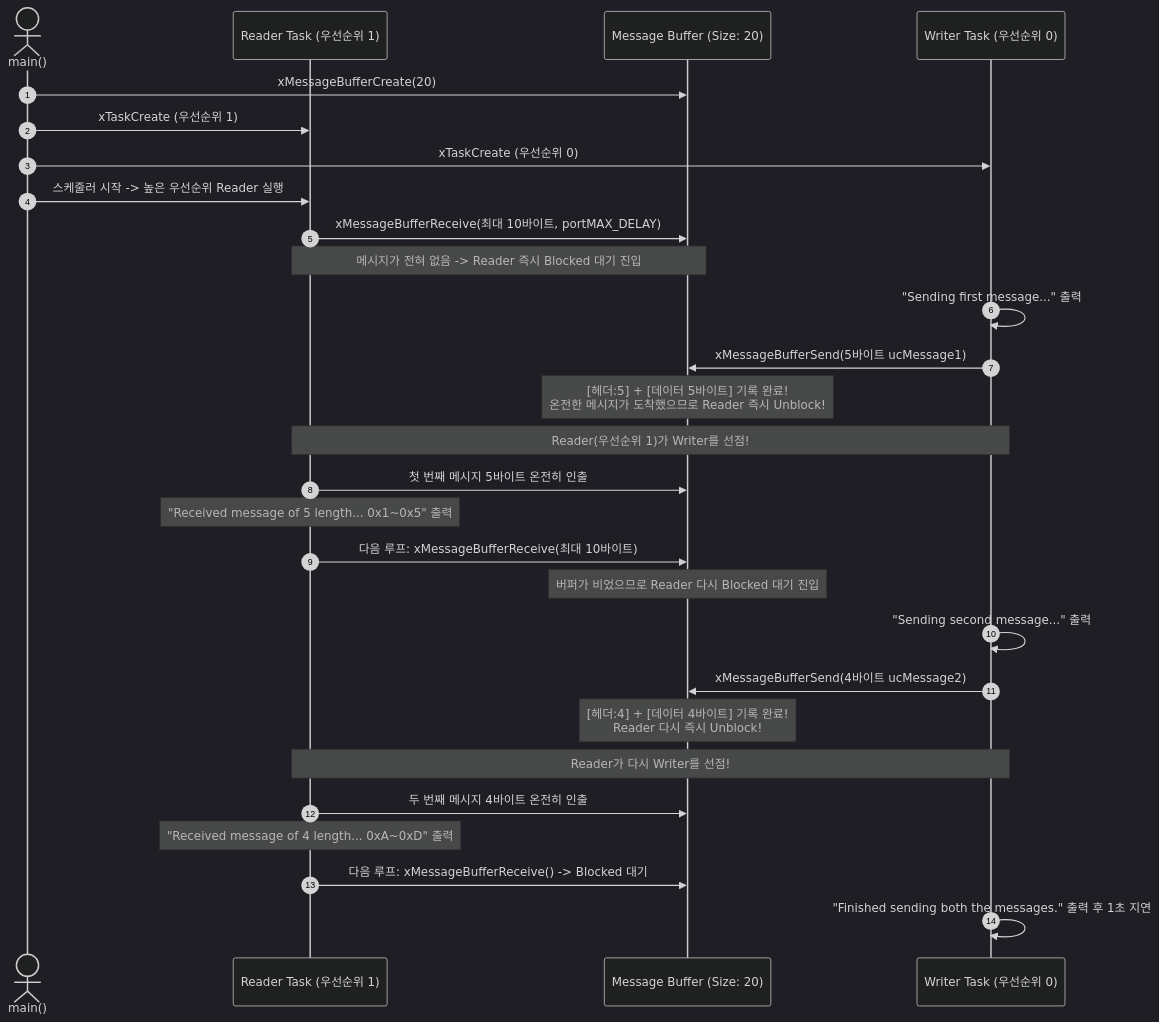
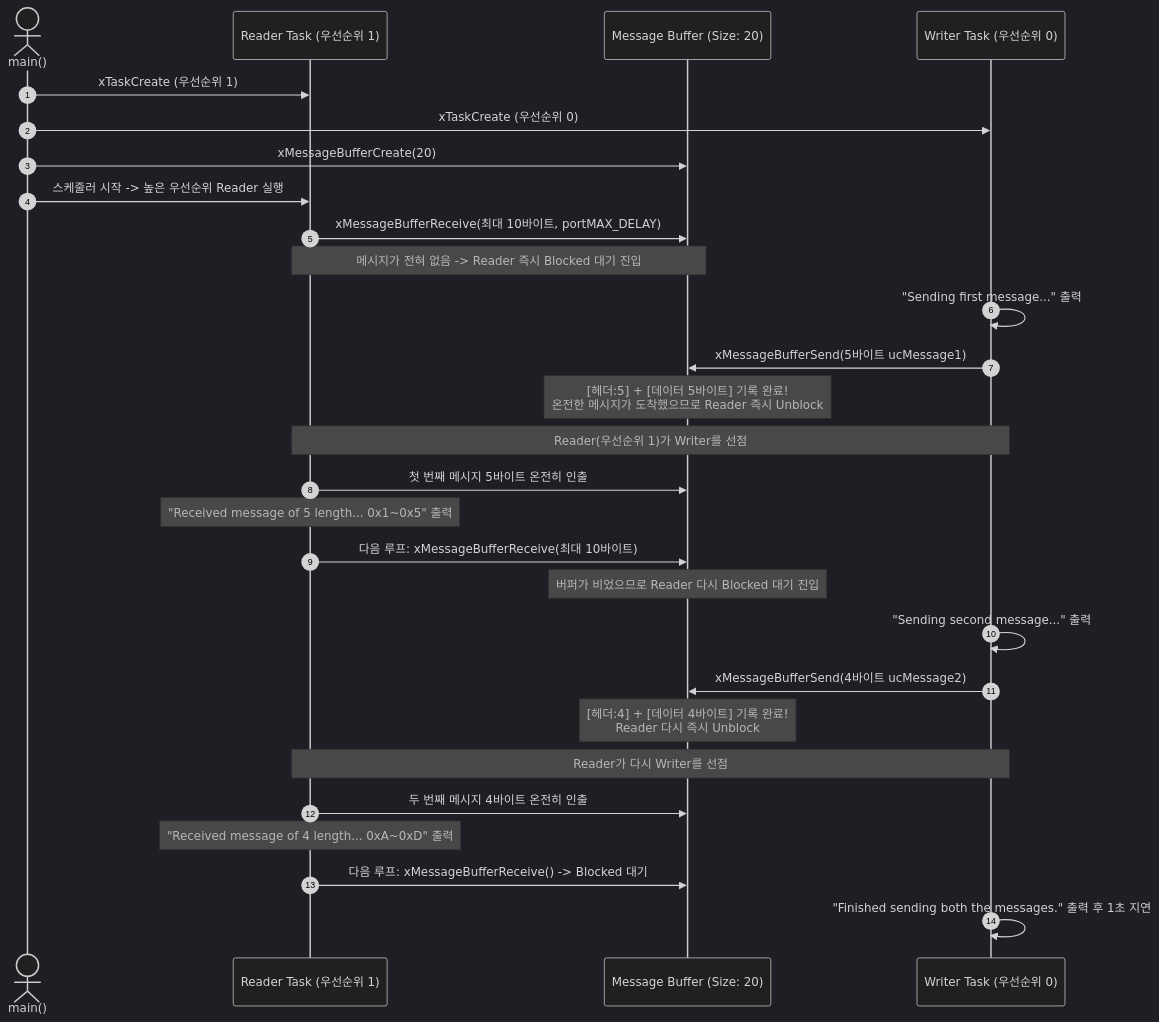
The second of 2 diagrams in ko/guides/tutorial_20.md (yunju-baek/FreeRTOS-Tutorials-ko), drawn with Mermaid (dark theme) before and after one commit. The commit also changed other lines of this file and 37 other files, not shown here.

````diff
--- a/ko/guides/tutorial_20.md
+++ b/ko/guides/tutorial_20.md
@@ -82,37 +77,37 @@
 ```mermaid
 sequenceDiagram
     autonumber
     actor Main as main()
     participant Reader as Reader Task (우선순위 1)
     participant Buffer as Message Buffer (Size: 20)
     participant Writer as Writer Task (우선순위 0)
 
-    Main->>Buffer: xMessageBufferCreate(20)
     Main->>Reader: xTaskCreate (우선순위 1)
     Main->>Writer: xTaskCreate (우선순위 0)
+    Main->>Buffer: xMessageBufferCreate(20)
     Main->>Reader: 스케줄러 시작 -> 높은 우선순위 Reader 실행
 
     Reader->>Buffer: xMessageBufferReceive(최대 10바이트, portMAX_DELAY)
     Note over Reader,Buffer: 메시지가 전혀 없음 -> Reader 즉시 Blocked 대기 진입
 
     Writer->>Writer: "Sending first message..." 출력
     Writer->>Buffer: xMessageBufferSend(5바이트 ucMessage1)
-    Note over Buffer: [헤더:5] + [데이터 5바이트] 기록 완료!<br/>온전한 메시지가 도착했으므로 Reader 즉시 Unblock!
+    Note over Buffer: [헤더:5] + [데이터 5바이트] 기록 완료!<br/>온전한 메시지가 도착했으므로 Reader 즉시 Unblock
 
-    Note over Reader,Writer: Reader(우선순위 1)가 Writer를 선점!
+    Note over Reader,Writer: Reader(우선순위 1)가 Writer를 선점
     Reader->>Buffer: 첫 번째 메시지 5바이트 온전히 인출
     Note over Reader: "Received message of 5 length... 0x1~0x5" 출력
     Reader->>Buffer: 다음 루프: xMessageBufferReceive(최대 10바이트)
     Note over Buffer: 버퍼가 비었으므로 Reader 다시 Blocked 대기 진입
 
     Writer->>Writer: "Sending second message..." 출력
     Writer->>Buffer: xMessageBufferSend(4바이트 ucMessage2)
-    Note over Buffer: [헤더:4] + [데이터 4바이트] 기록 완료!<br/>Reader 다시 즉시 Unblock!
+    Note over Buffer: [헤더:4] + [데이터 4바이트] 기록 완료!<br/>Reader 다시 즉시 Unblock
 
-    Note over Reader,Writer: Reader가 다시 Writer를 선점!
+    Note over Reader,Writer: Reader가 다시 Writer를 선점
     Reader->>Buffer: 두 번째 메시지 4바이트 온전히 인출
     Note over Reader: "Received message of 4 length... 0xA~0xD" 출력
     Reader->>Buffer: 다음 루프: xMessageBufferReceive() -> Blocked 대기
 
     Writer->>Writer: "Finished sending both the messages." 출력 후 1초 지연
 ```
````
